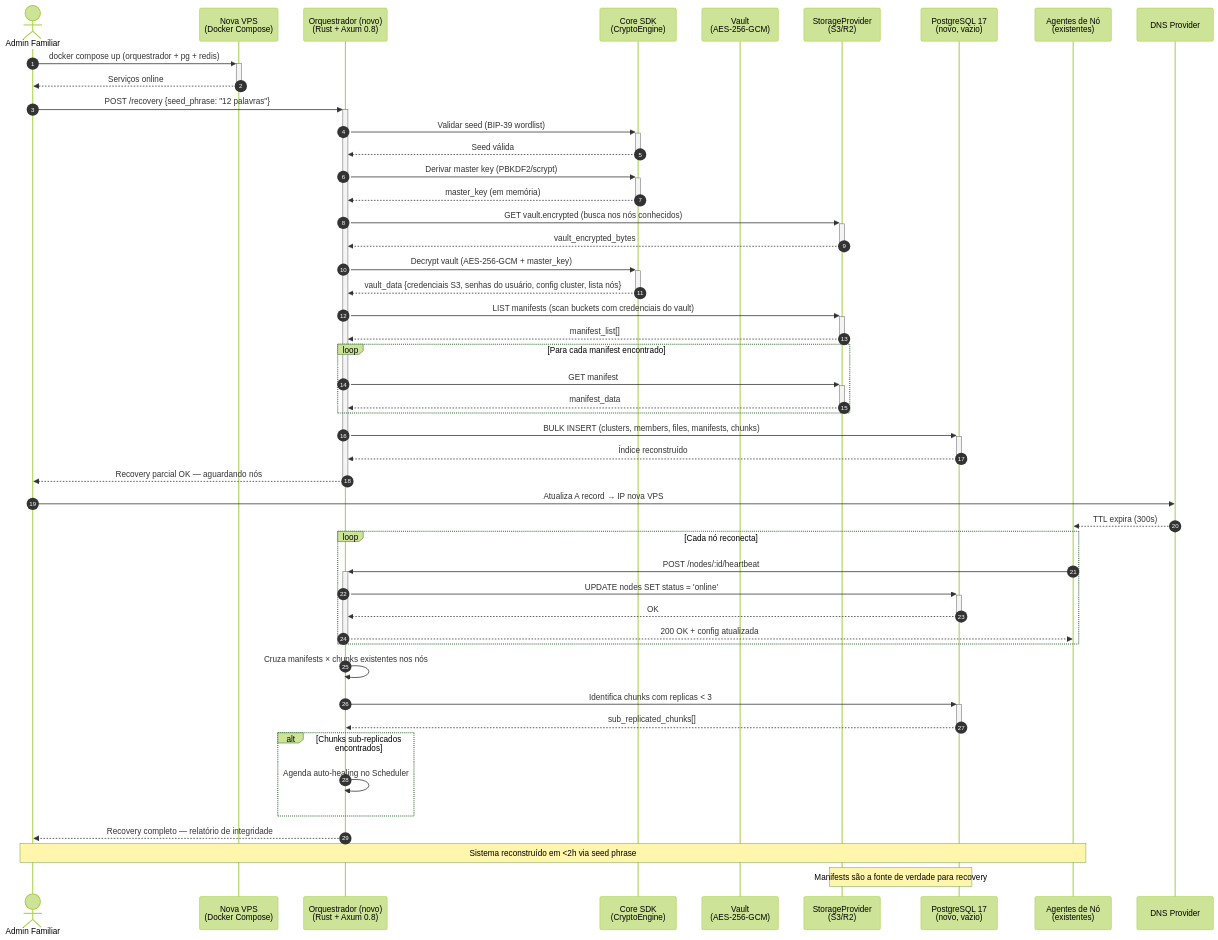
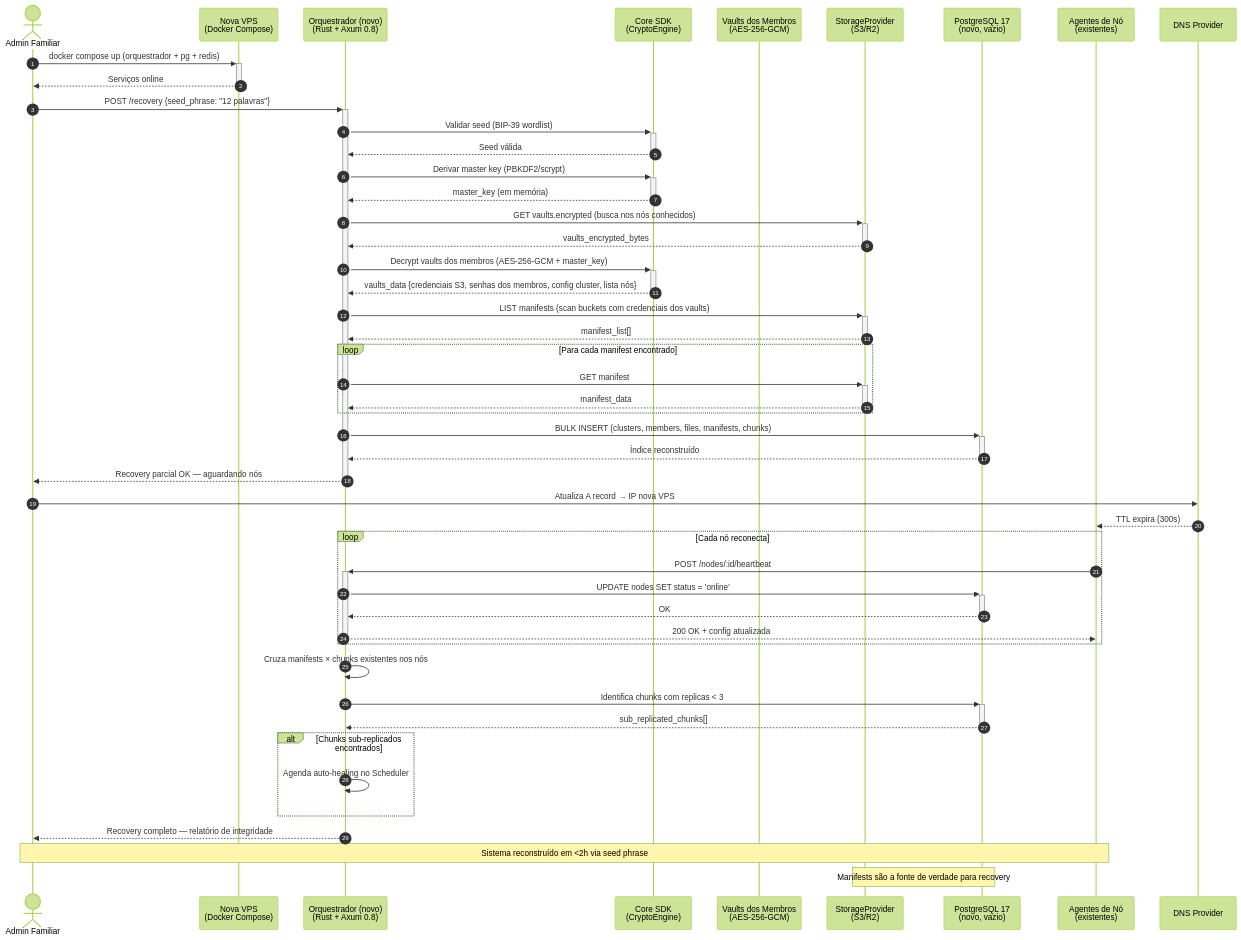
The diagram in docs/diagrams/sequences/seed-recovery.mmd (DouglasPrado/alexandria), drawn with Mermaid (forest theme) before and after one commit. The commit also changed 29 other files, not shown here.

Commit message:
patch: alteracao do vault para membros

```diff
--- a/docs/diagrams/sequences/seed-recovery.mmd
+++ b/docs/diagrams/sequences/seed-recovery.mmd
@@ -1,72 +1,72 @@
 %% Fluxo: Recovery do Orquestrador via Seed Phrase
 %% Referência: docs/blueprint/07-critical_flows.md
 
 sequenceDiagram
     autonumber
 
     actor Admin as Admin Familiar
     participant VPS as Nova VPS<br/>(Docker Compose)
     participant API as Orquestrador (novo)<br/>(Rust + Axum 0.8)
     participant SDK as Core SDK<br/>(CryptoEngine)
-    participant Vault as Vault<br/>(AES-256-GCM)
+    participant Vault as Vaults dos Membros<br/>(AES-256-GCM)
     participant S3 as StorageProvider<br/>(S3/R2)
     participant DB as PostgreSQL 17<br/>(novo, vazio)
     participant Nodes as Agentes de Nó<br/>(existentes)
     participant DNS as DNS Provider
 
     %% Setup
     Admin ->>+ VPS: docker compose up (orquestrador + pg + redis)
     VPS -->>- Admin: Serviços online
 
     %% Recovery
     Admin ->>+ API: POST /recovery {seed_phrase: "12 palavras"}
     API ->>+ SDK: Validar seed (BIP-39 wordlist)
     SDK -->>- API: Seed válida
 
     API ->>+ SDK: Derivar master key (PBKDF2/scrypt)
     SDK -->>- API: master_key (em memória)
 
     %% Vault
-    API ->>+ S3: GET vault.encrypted (busca nos nós conhecidos)
-    S3 -->>- API: vault_encrypted_bytes
+    API ->>+ S3: GET vaults.encrypted (busca nos nós conhecidos)
+    S3 -->>- API: vaults_encrypted_bytes
 
-    API ->>+ SDK: Decrypt vault (AES-256-GCM + master_key)
-    SDK -->>- API: vault_data {credenciais S3, senhas do usuário, config cluster, lista nós}
+    API ->>+ SDK: Decrypt vaults dos membros (AES-256-GCM + master_key)
+    SDK -->>- API: vaults_data {credenciais S3, senhas dos membros, config cluster, lista nós}
 
     %% Rebuild
-    API ->>+ S3: LIST manifests (scan buckets com credenciais do vault)
+    API ->>+ S3: LIST manifests (scan buckets com credenciais dos vaults)
     S3 -->>- API: manifest_list[]
 
     loop Para cada manifest encontrado
         API ->>+ S3: GET manifest
         S3 -->>- API: manifest_data
     end
 
     API ->>+ DB: BULK INSERT (clusters, members, files, manifests, chunks)
     DB -->>- API: Índice reconstruído
     API -->>- Admin: Recovery parcial OK — aguardando nós
 
     %% DNS e reconexão
     Admin ->> DNS: Atualiza A record → IP nova VPS
     DNS -->> Nodes: TTL expira (300s)
 
     loop Cada nó reconecta
         Nodes ->>+ API: POST /nodes/:id/heartbeat
         API ->>+ DB: UPDATE nodes SET status = 'online'
         DB -->>- API: OK
         API -->>- Nodes: 200 OK + config atualizada
     end
 
     %% Validação
     API ->> API: Cruza manifests × chunks existentes nos nós
     API ->>+ DB: Identifica chunks com replicas < 3
     DB -->>- API: sub_replicated_chunks[]
 
     alt Chunks sub-replicados encontrados
         API ->> API: Agenda auto-healing no Scheduler
     end
 
     API -->> Admin: Recovery completo — relatório de integridade
 
     Note over Admin, Nodes: Sistema reconstruído em <2h via seed phrase
     Note over S3, DB: Manifests são a fonte de verdade para recovery
```
